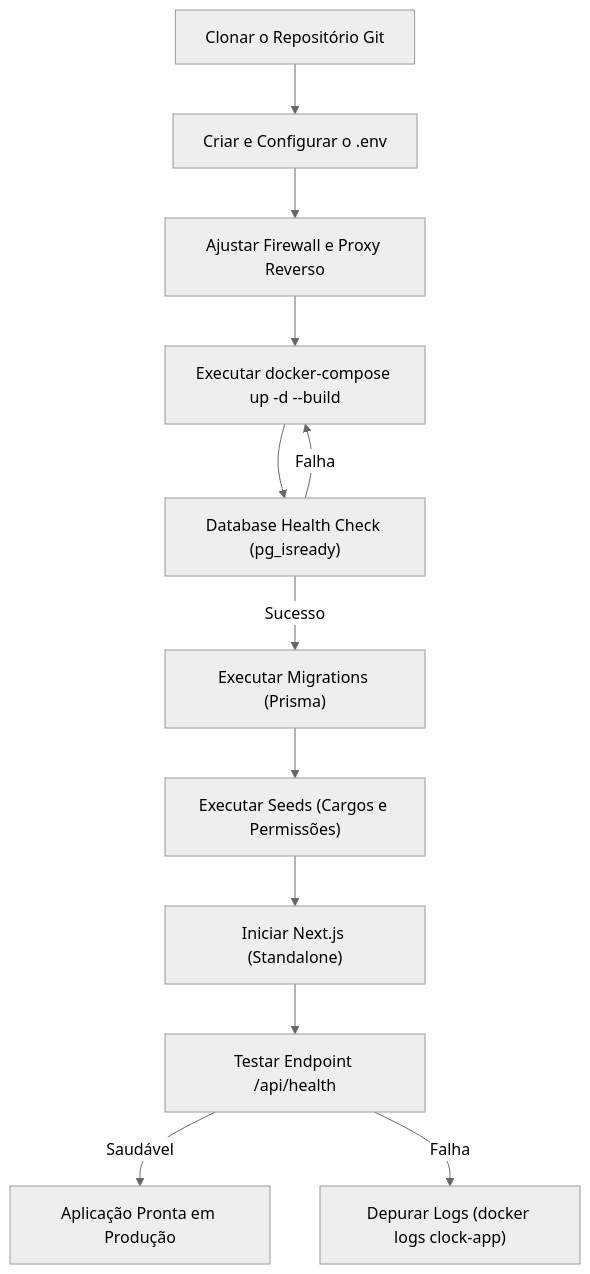
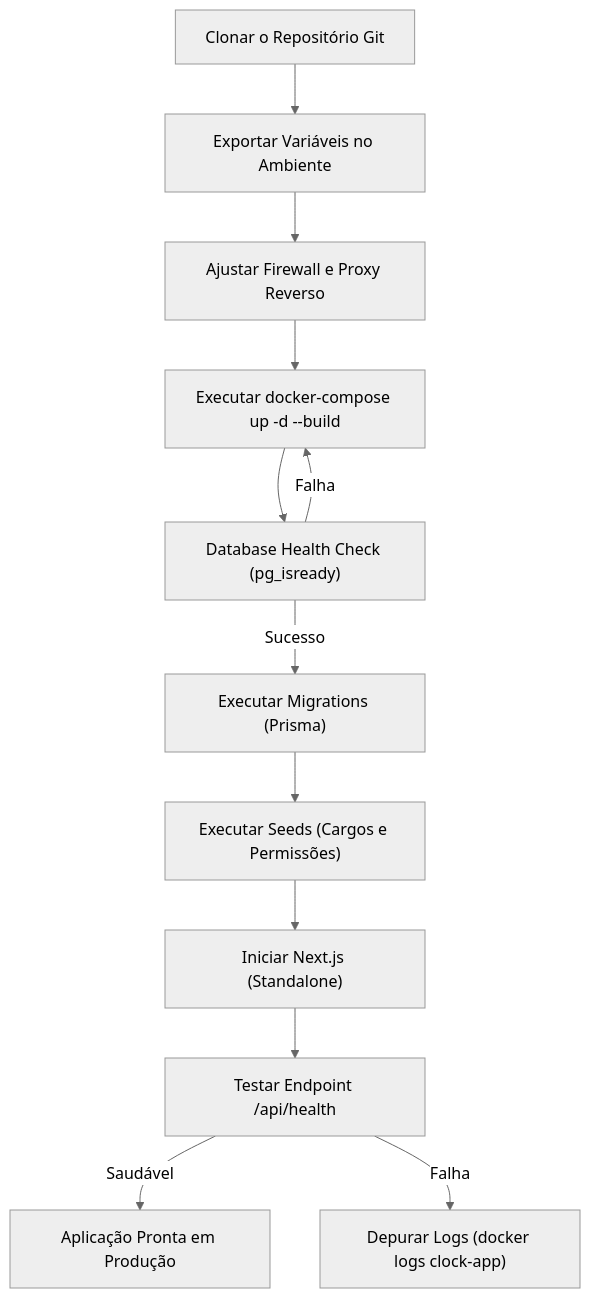
Before and after one commit to jvopinho/IsLunyWorks: the diagram in DEPLOY.md, drawn with Mermaid (neutral theme). The commit also changed other lines of this file and 4 other files, not shown here.

````diff
--- a/DEPLOY.md
+++ b/DEPLOY.md
@@ -439,14 +455,14 @@
 ```mermaid
 flowchart TD
-  A["Clonar o Repositório Git"] --> B["Criar e Configurar o .env"]
+  A["Clonar o Repositório Git"] --> B["Exportar Variáveis no Ambiente"]
   B --> C["Ajustar Firewall e Proxy Reverso"]
   C --> D["Executar docker-compose up -d --build"]
   D --> E["Database Health Check (pg_isready)"]
   E -- "Sucesso" --> F["Executar Migrations (Prisma)"]
   E -- "Falha" --> D
   F --> G["Executar Seeds (Cargos e Permissões)"]
   G --> H["Iniciar Next.js (Standalone)"]
   H --> I["Testar Endpoint /api/health"]
   I -- "Saudável" --> J["Aplicação Pronta em Produção"]
   I -- "Falha" --> K["Depurar Logs (docker logs clock-app)"]
 ```
````
